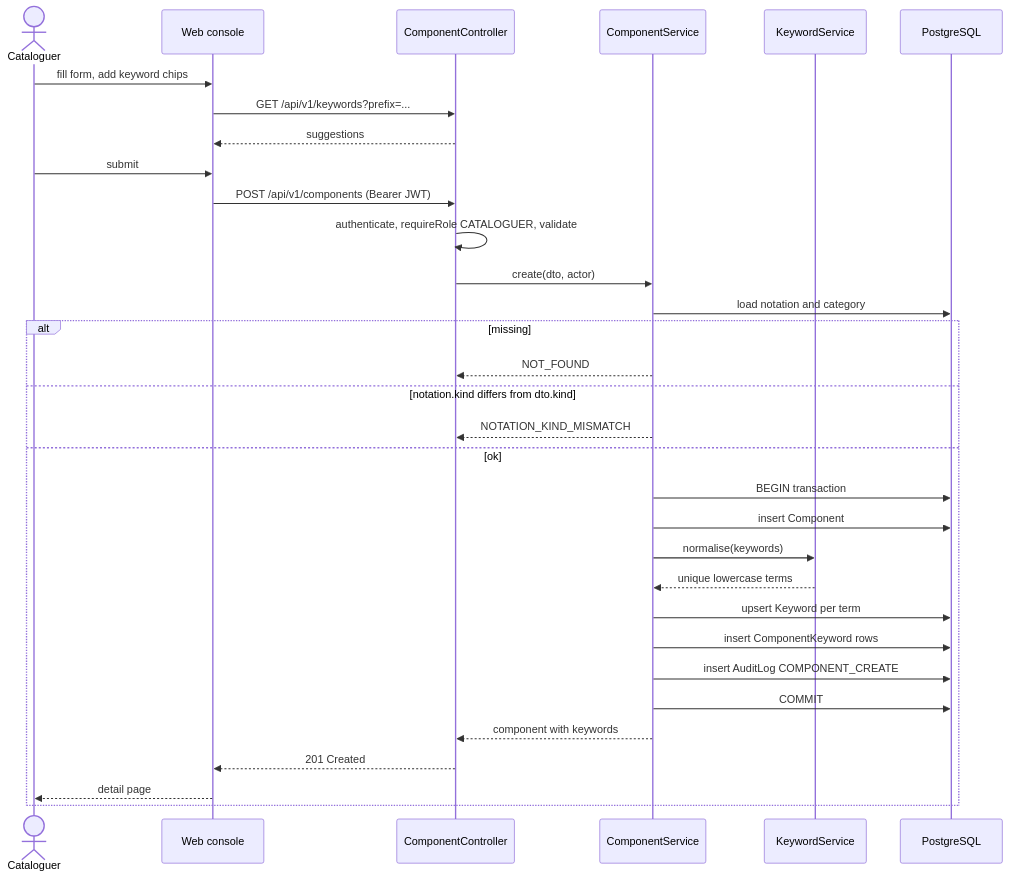
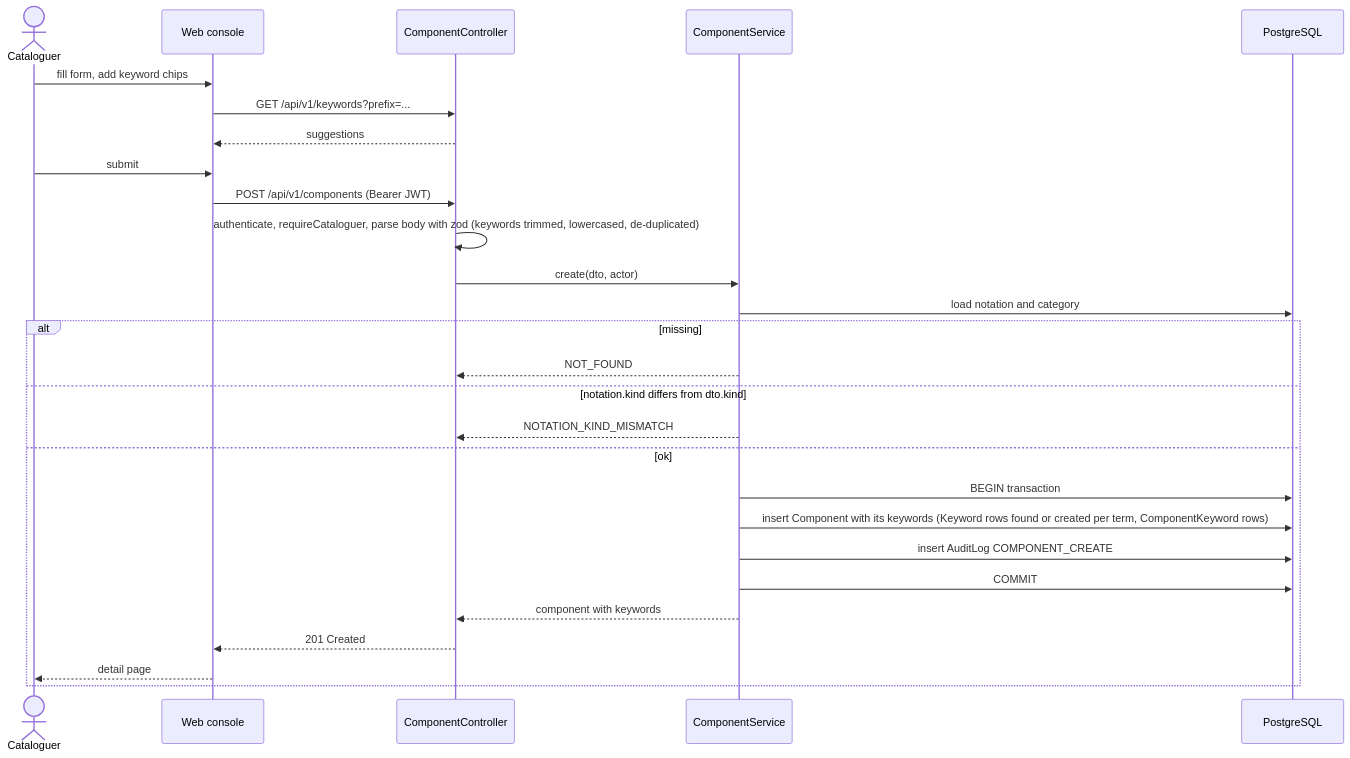
Before and after one commit to YashIIT0909/SWE_LAB_Assignment: the sixth of 9 diagrams in docs/04-design.md, drawn with Mermaid. The commit also changed other lines of this file and 8 other files, not shown here.

First line of the commit message:
Update the use case and design docs for the new UML diagrams

````diff
--- a/docs/04-design.md
+++ b/docs/04-design.md
@@ -416,35 +317,30 @@
 ```mermaid
 sequenceDiagram
     actor C as Cataloguer
     participant W as Web console
     participant API as ComponentController
     participant S as ComponentService
-    participant K as KeywordService
     participant DB as PostgreSQL
 
     C->>W: fill form, add keyword chips
     W->>API: GET /api/v1/keywords?prefix=...
     API-->>W: suggestions
     C->>W: submit
     W->>API: POST /api/v1/components (Bearer JWT)
-    API->>API: authenticate, requireRole CATALOGUER, validate
+    API->>API: authenticate, requireCataloguer, parse body with zod (keywords trimmed, lowercased, de-duplicated)
     API->>S: create(dto, actor)
     S->>DB: load notation and category
     alt missing
         S-->>API: NOT_FOUND
     else notation.kind differs from dto.kind
         S-->>API: NOTATION_KIND_MISMATCH
     else ok
         S->>DB: BEGIN transaction
-        S->>DB: insert Component
-        S->>K: normalise(keywords)
-        K-->>S: unique lowercase terms
-        S->>DB: upsert Keyword per term
-        S->>DB: insert ComponentKeyword rows
+        S->>DB: insert Component with its keywords (Keyword rows found or created per term, ComponentKeyword rows)
         S->>DB: insert AuditLog COMPONENT_CREATE
         S->>DB: COMMIT
         S-->>API: component with keywords
         API-->>W: 201 Created
         W-->>C: detail page
     end
 ```
````
